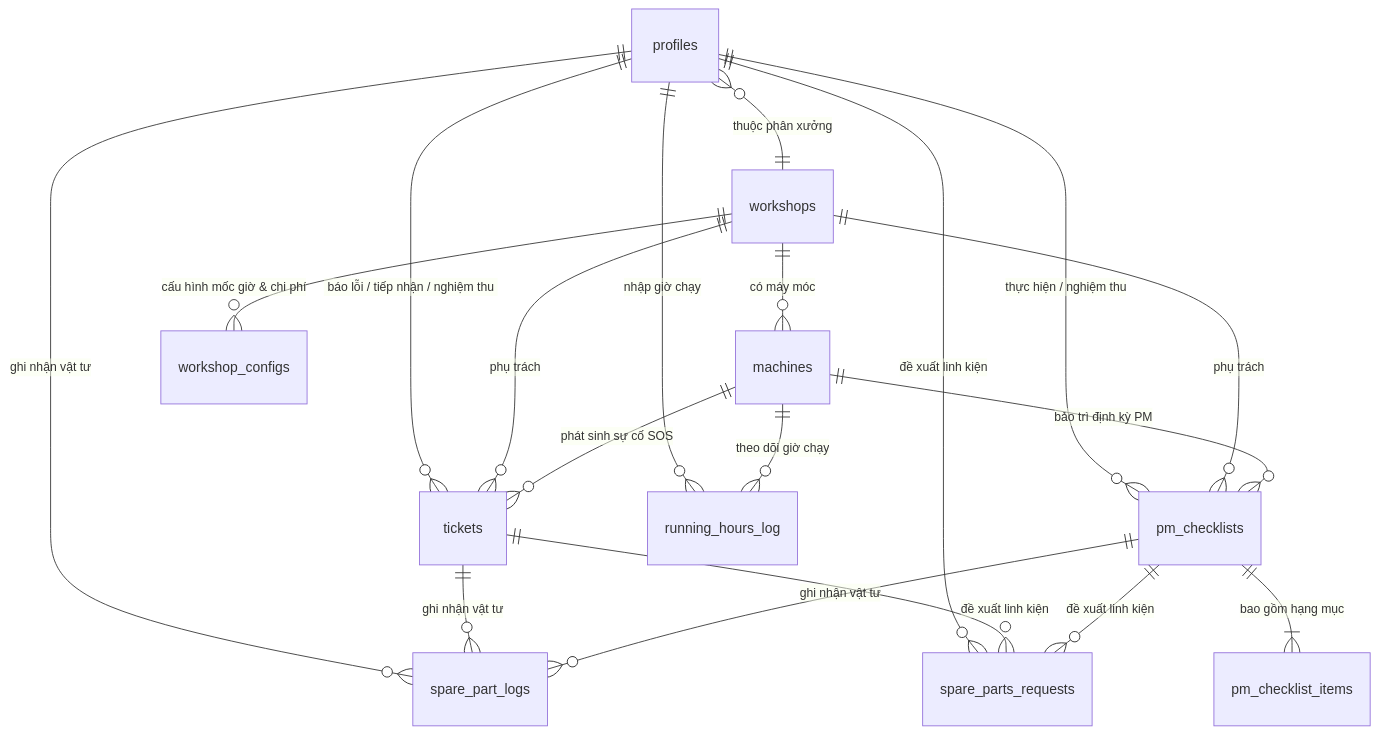
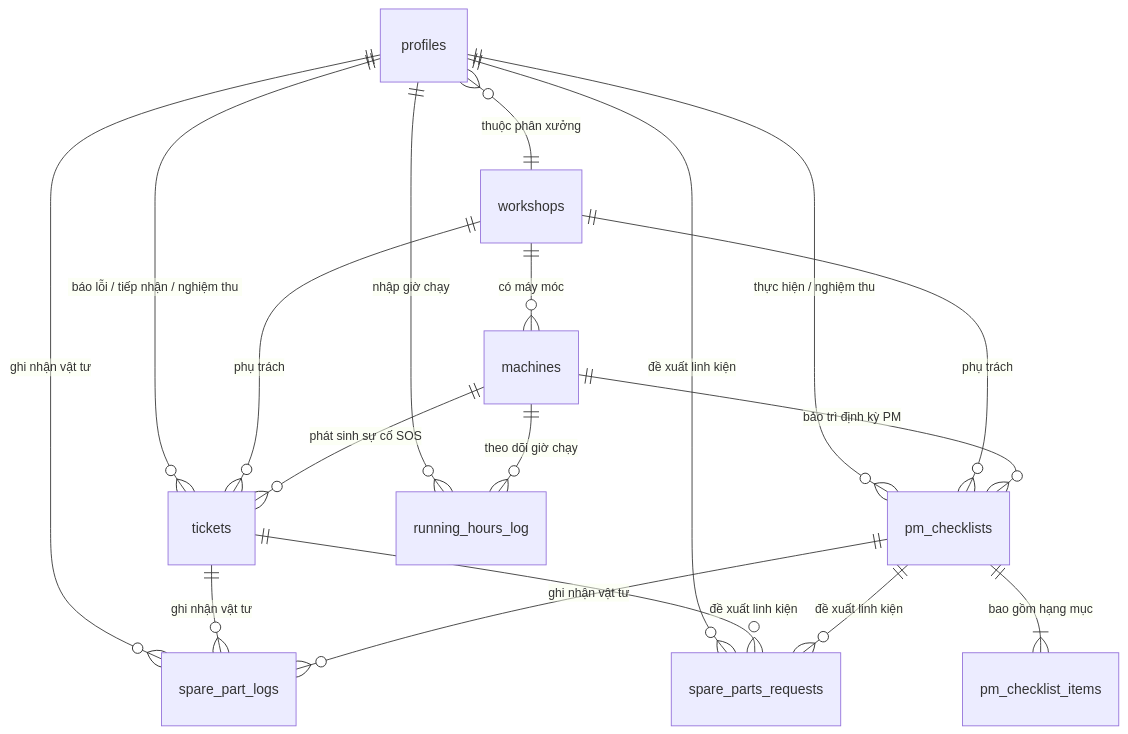
The diagram in database_schema.md (pvduy23052005/cse441-mobile-asset-track), drawn with Mermaid before and after one commit. The commit also changed other lines of this file and 1 other file, not shown here.

Commit message:
docs: update database schema and system design documentation

````diff
--- a/database_schema.md
+++ b/database_schema.md
@@ -9,21 +9,20 @@
 ```mermaid
 erDiagram
     profiles ||--o{ tickets : "báo lỗi / tiếp nhận / nghiệm thu"
     profiles ||--o{ pm_checklists : "thực hiện / nghiệm thu"
     profiles ||--o{ spare_part_logs : "ghi nhận vật tư"
     profiles ||--o{ spare_parts_requests : "đề xuất linh kiện"
     profiles ||--o{ running_hours_log : "nhập giờ chạy"
     profiles }o--|| workshops : "thuộc phân xưởng"
     workshops ||--o{ machines : "có máy móc"
-    workshops ||--o{ workshop_configs : "cấu hình mốc giờ & chi phí"
     workshops ||--o{ tickets : "phụ trách"
     workshops ||--o{ pm_checklists : "phụ trách"
     machines ||--o{ tickets : "phát sinh sự cố SOS"
     machines ||--o{ pm_checklists : "bảo trì định kỳ PM"
     machines ||--o{ running_hours_log : "theo dõi giờ chạy"
     pm_checklists ||--|{ pm_checklist_items : "bao gồm hạng mục"
     tickets ||--o{ spare_part_logs : "ghi nhận vật tư"
     pm_checklists ||--o{ spare_part_logs : "ghi nhận vật tư"
     tickets ||--o{ spare_parts_requests : "đề xuất linh kiện"
     pm_checklists ||--o{ spare_parts_requests : "đề xuất linh kiện"
 ```
````
